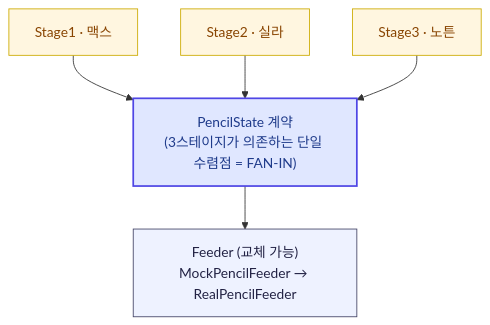
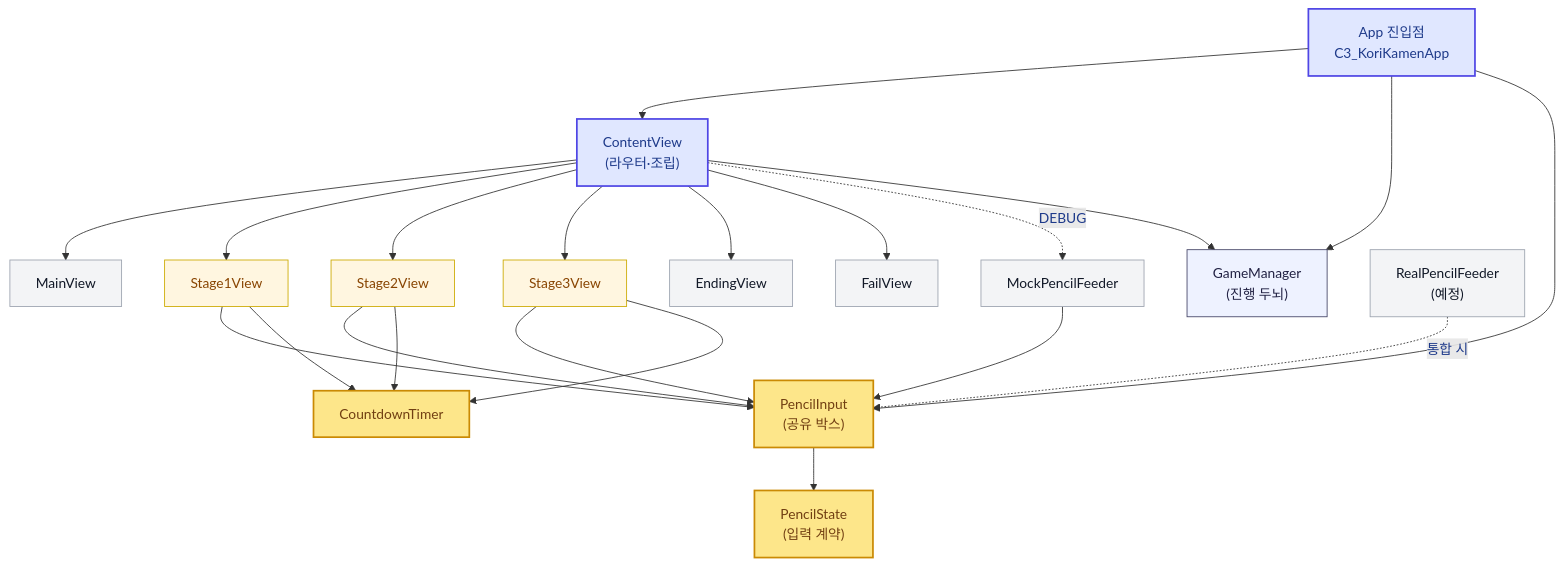
Before and after one commit to DeveloperAcademy-POSTECH/2026-C3-M5-PPAP: the diagram in docs/architecture.md, drawn with Mermaid. The commit also changed other lines of this file, not shown here.

Commit message:
docs(architecture): 의존 구조를 모듈 전체 팬인·팬아웃 다이어그램으로 확장
- 기존 PencilState 수렴 그림 → App/ContentView/GameManager/PencilInput/타이머/스테이지 포함 전체 모듈 그래프
- FAN-IN 허브(PencilInput)·FAN-OUT 허브(ContentView)·결합도 적신호 읽는 법 추가

````diff
--- a/docs/architecture.md
+++ b/docs/architecture.md
@@ -104,15 +104,45 @@
 ```mermaid
 flowchart TD
-    S1["Stage1 · 맥스"] --> PS
-    S2["Stage2 · 실라"] --> PS
-    S3["Stage3 · 노튼"] --> PS
-    PS["PencilState 계약<br/>(3스테이지가 의존하는 단일 수렴점 = FAN-IN)"]
-    PS --> FEED["Feeder (교체 가능)<br/>MockPencilFeeder → RealPencilFeeder"]
+    App["App 진입점<br/>C3_KoriKamenApp"]
+    CV["ContentView<br/>(라우터·조립)"]
+    GM["GameManager<br/>(진행 두뇌)"]
 
+    App --> CV
+    App --> GM
+    App --> PI
+
+    %% ── ContentView가 모든 화면을 조립 → FAN-OUT ──
+    CV --> MV["MainView"]
+    CV --> S1["Stage1View"]
+    CV --> S2["Stage2View"]
+    CV --> S3["Stage3View"]
+    CV --> EV["EndingView"]
+    CV --> FV["FailView"]
+    CV -. DEBUG .-> MF["MockPencilFeeder"]
+    CV --> GM
+
+    %% ── 입력 계약으로 수렴 → FAN-IN ──
+    S1 --> PI["PencilInput<br/>(공유 박스)"]
+    S2 --> PI
+    S3 --> PI
+    MF --> PI
+    RF["RealPencilFeeder<br/>(예정)"] -. 통합 시 .-> PI
+    PI --> PS["PencilState<br/>(입력 계약)"]
+
+    %% ── 공용 타이머로 수렴 ──
+    S1 --> CT["CountdownTimer"]
+    S2 --> CT
+    S3 --> CT
+
+    classDef root fill:#e0e7ff,stroke:#4f46e5,color:#1e3a8a,stroke-width:2px
+    classDef hub fill:#fde68a,stroke:#ca8a04,color:#713f12,stroke-width:2px
+    classDef brain fill:#eef2ff,stroke:#446,color:#224
+    classDef view fill:#f3f4f6,stroke:#9ca3af,color:#111827
     classDef stage fill:#fff6e0,stroke:#ca0,color:#840
-    classDef hub fill:#e0e7ff,stroke:#4f46e5,color:#1e3a8a,stroke-width:2px
-    classDef feeder fill:#eef2ff,stroke:#446,color:#224
+
+    class App,CV root
+    class PI,PS,CT hub
+    class GM brain
+    class MV,EV,FV,MF,RF view
     class S1,S2,S3 stage
-    class PS hub
-    class FEED feeder
 ```
````
